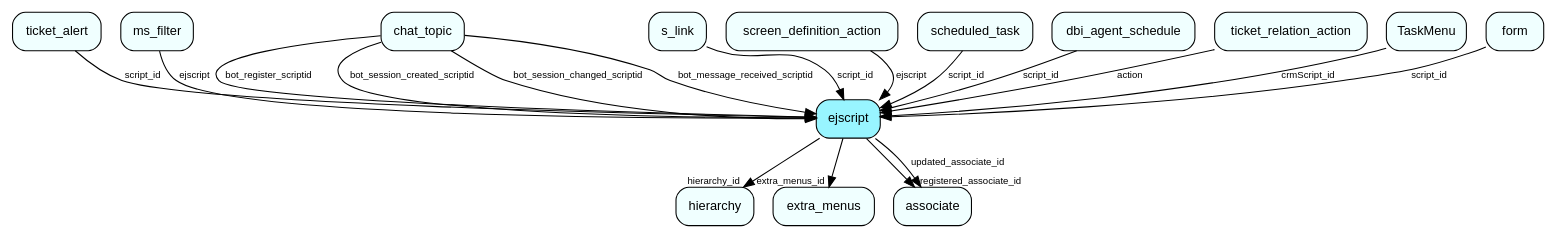
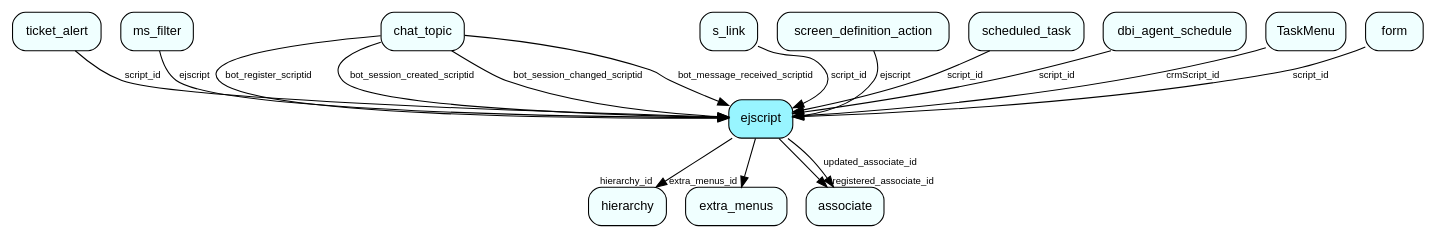
Before and after one commit to SuperOfficeDocs/superoffice-docs: the diagram in docs/en/database/tables/media/ejscript.dot, drawn with Graphviz. The commit also changed 121 other files, not shown here.

```diff
--- a/docs/en/database/tables/media/ejscript.dot
+++ b/docs/en/database/tables/media/ejscript.dot
@@ -1,36 +1,34 @@
 digraph ejscript  {
 node [shape = box style="rounded, filled" fontname = "Helvetica" fontsize = "12" ]
 edge [fontname = "Helvetica" fontsize = "9"]
 
 ejscript[fillcolor = "cadetblue1"]
 hierarchy[fillcolor = "azure1"]
 extra_menus[fillcolor = "azure1"]
 associate[fillcolor = "azure1"]
 ticket_alert[fillcolor = "azure1"]
 ms_filter[fillcolor = "azure1"]
 chat_topic[fillcolor = "azure1"]
 s_link[fillcolor = "azure1"]
 screen_definition_action[fillcolor = "azure1"]
 scheduled_task[fillcolor = "azure1"]
 dbi_agent_schedule[fillcolor = "azure1"]
-ticket_relation_action[fillcolor = "azure1"]
 TaskMenu[fillcolor = "azure1"]
 form[fillcolor = "azure1"]
 ejscript -> hierarchy [headlabel = "hierarchy_id"]
 ejscript -> extra_menus [headlabel = "extra_menus_id"]
 ejscript -> associate [headlabel = "registered_associate_id"]
 ejscript -> associate [label = "updated_associate_id"]
 ticket_alert -> ejscript [label = "script_id"]
 ms_filter -> ejscript [label = "ejscript"]
 chat_topic -> ejscript [label = "bot_register_scriptid"]
 chat_topic -> ejscript [label = "bot_session_created_scriptid"]
 chat_topic -> ejscript [label = "bot_session_changed_scriptid"]
 chat_topic -> ejscript [label = "bot_message_received_scriptid"]
 s_link -> ejscript [label = "script_id"]
 screen_definition_action -> ejscript [label = "ejscript"]
 scheduled_task -> ejscript [label = "script_id"]
 dbi_agent_schedule -> ejscript [label = "script_id"]
-ticket_relation_action -> ejscript [label = "action"]
 TaskMenu -> ejscript [label = "crmScript_id"]
 form -> ejscript [label = "script_id"]
 }
```
